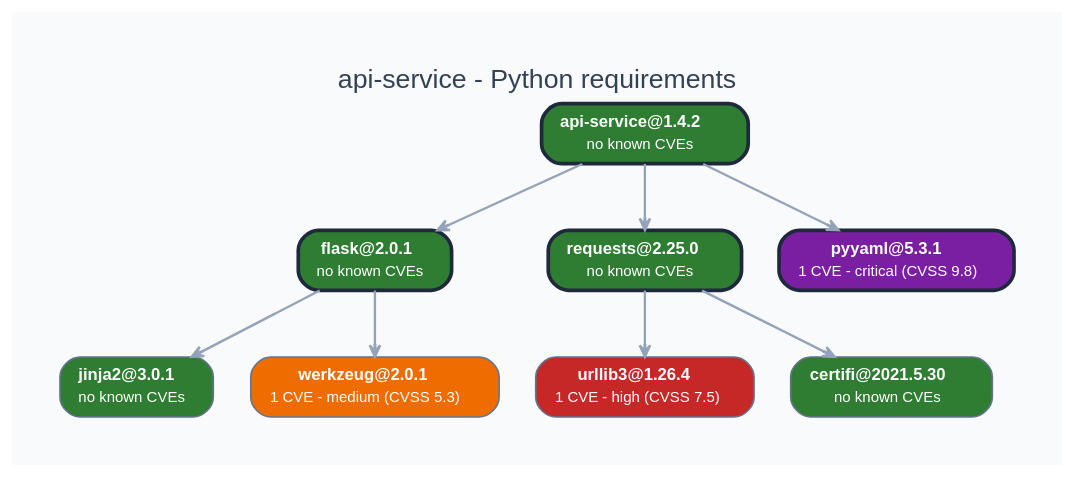
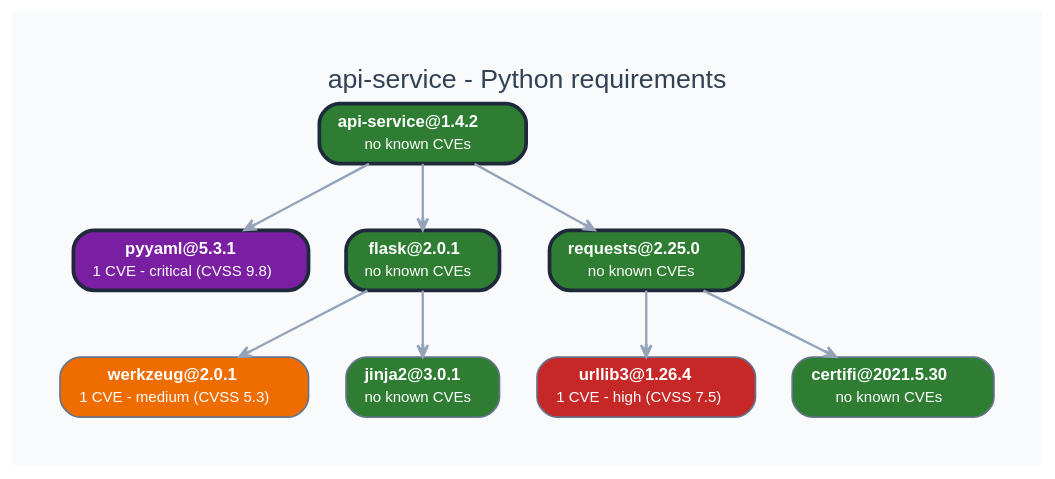
One commit to vulnex/usecvislib-gallery changed the diagram in 13 Vulnerability Tree/python_requirements (tml)/tree__graphviz.dot. Above: the diagram before and after it, drawn with Graphviz. The commit also changed 387 other files, not shown here.

```diff
--- a/13 Vulnerability Tree/python_requirements (tml)/tree__graphviz.dot
+++ b/13 Vulnerability Tree/python_requirements (tml)/tree__graphviz.dot
@@ -1,157 +1,157 @@
 digraph "api-service - Python requirements" {
-	graph [bb="0,0,572.5,214",
+	graph [bb="0,0,560,214",
 		bgcolor="#f8fafc",
 		fontcolor="#334155",
 		fontname=Helvetica,
 		fontsize=16,
 		label="api-service - Python requirements",
 		labelloc=t,
 		lheight=0.25,
-		lp="286.25,201",
+		lp="280,201",
 		lwidth=3.81,
 		nodesep=0.3,
 		pad=0.4,
 		rankdir=TB,
 		ranksep=0.55
 	];
 	node [label="\N"];
+	"api-service"	[color="#1e293b",
+		fillcolor="#2e7d32",
+		fontcolor="#ffffff",
+		fontname=Helvetica,
+		fontsize=10,
+		height=0.5,
+		label=<<TABLE BORDER="0" CELLBORDER="0" CELLSPACING="0" CELLPADDING="1"><TR><TD><B>api-service@1.4.2</B></TD></TR><TR><TD><FONT POINT-SIZE="9">no known CVEs</FONT></TD></TR></TABLE>>,
+		margin="0.14,0.07",
+		penwidth=2.2,
+		pos="217.5,170",
+		shape=box,
+		style="rounded,filled",
+		width=1.7222];
+	pyyaml	[color="#1e293b",
+		fillcolor="#7b1fa2",
+		fontcolor="#ffffff",
+		fontname=Helvetica,
+		fontsize=10,
+		height=0.5,
+		label=<<TABLE BORDER="0" CELLBORDER="0" CELLSPACING="0" CELLPADDING="1"><TR><TD><B>pyyaml@5.3.1</B></TD></TR><TR><TD><FONT POINT-SIZE="9">1 CVE - critical (CVSS 9.8)</FONT></TD></TR></TABLE>>,
+		margin="0.14,0.07",
+		penwidth=2.2,
+		pos="78.5,94",
+		shape=box,
+		style="rounded,filled",
+		width=1.9583];
+	"api-service" -> pyyaml	[arrowhead=vee,
+		arrowsize=0.7,
+		color="#94a3b8",
+		penwidth=1.4,
+		pos="e,110.56,112.07 185.26,151.84 164.82,140.96 138.28,126.83 116.77,115.38"];
+	flask	[color="#1e293b",
+		fillcolor="#2e7d32",
+		fontcolor="#ffffff",
+		fontname=Helvetica,
+		fontsize=10,
+		height=0.5,
+		label=<<TABLE BORDER="0" CELLBORDER="0" CELLSPACING="0" CELLPADDING="1"><TR><TD><B>flask@2.0.1</B></TD></TR><TR><TD><FONT POINT-SIZE="9">no known CVEs</FONT></TD></TR></TABLE>>,
+		margin="0.14,0.07",
+		penwidth=2.2,
+		pos="217.5,94",
+		shape=box,
+		style="rounded,filled",
+		width=1.2778];
+	"api-service" -> flask	[arrowhead=vee,
+		arrowsize=0.7,
+		color="#94a3b8",
+		penwidth=1.4,
+		pos="e,217.5,112.07 217.5,151.84 217.5,142.12 217.5,129.82 217.5,119.15"];
+	requests	[color="#1e293b",
+		fillcolor="#2e7d32",
+		fontcolor="#ffffff",
+		fontname=Helvetica,
+		fontsize=10,
+		height=0.5,
+		label=<<TABLE BORDER="0" CELLBORDER="0" CELLSPACING="0" CELLPADDING="1"><TR><TD><B>requests@2.25.0</B></TD></TR><TR><TD><FONT POINT-SIZE="9">no known CVEs</FONT></TD></TR></TABLE>>,
+		margin="0.14,0.07",
+		penwidth=2.2,
+		pos="351.5,94",
+		shape=box,
+		style="rounded,filled",
+		width=1.6111];
+	"api-service" -> requests	[arrowhead=vee,
+		arrowsize=0.7,
+		color="#94a3b8",
+		penwidth=1.4,
+		pos="e,320.59,112.07 248.58,151.84 268.2,141 293.65,126.95 314.33,115.52"];
 	urllib3	[color="#64748b",
 		fillcolor="#c62828",
 		fontcolor="#ffffff",
 		fontname=Helvetica,
 		fontsize=10,
 		height=0.5,
 		label=<<TABLE BORDER="0" CELLBORDER="0" CELLSPACING="0" CELLPADDING="1"><TR><TD><B>urllib3@1.26.4</B></TD></TR><TR><TD><FONT POINT-SIZE="9">1 CVE - high (CVSS 7.5)</FONT></TD></TR></TABLE>>,
 		margin="0.14,0.07",
 		penwidth=1,
-		pos="351,18",
+		pos="351.5,18",
 		shape=box,
 		style="rounded,filled",
 		width=1.8194];
-	flask	[color="#1e293b",
-		fillcolor="#2e7d32",
+	werkzeug	[color="#64748b",
+		fillcolor="#ef6c00",
 		fontcolor="#ffffff",
 		fontname=Helvetica,
 		fontsize=10,
 		height=0.5,
-		label=<<TABLE BORDER="0" CELLBORDER="0" CELLSPACING="0" CELLPADDING="1"><TR><TD><B>flask@2.0.1</B></TD></TR><TR><TD><FONT POINT-SIZE="9">no known CVEs</FONT></TD></TR></TABLE>>,
+		label=<<TABLE BORDER="0" CELLBORDER="0" CELLSPACING="0" CELLPADDING="1"><TR><TD><B>werkzeug@2.0.1</B></TD></TR><TR><TD><FONT POINT-SIZE="9">1 CVE - medium (CVSS 5.3)</FONT></TD></TR></TABLE>>,
 		margin="0.14,0.07",
-		penwidth=2.2,
-		pos="189,94",
+		penwidth=1,
+		pos="74.5,18",
 		shape=box,
 		style="rounded,filled",
-		width=1.2778];
+		width=2.0694];
+	flask -> werkzeug	[arrowhead=vee,
+		arrowsize=0.7,
+		color="#94a3b8",
+		penwidth=1.4,
+		pos="e,107.49,36.07 184.33,75.837 163.31,64.956 136,50.826 113.88,39.376"];
 	jinja2	[color="#64748b",
 		fillcolor="#2e7d32",
 		fontcolor="#ffffff",
 		fontname=Helvetica,
 		fontsize=10,
 		height=0.5,
 		label=<<TABLE BORDER="0" CELLBORDER="0" CELLSPACING="0" CELLPADDING="1"><TR><TD><B>jinja2@3.0.1</B></TD></TR><TR><TD><FONT POINT-SIZE="9">no known CVEs</FONT></TD></TR></TABLE>>,
 		margin="0.14,0.07",
 		penwidth=1,
-		pos="46,18",
+		pos="217.5,18",
 		shape=box,
 		style="rounded,filled",
 		width=1.2778];
 	flask -> jinja2	[arrowhead=vee,
 		arrowsize=0.7,
 		color="#94a3b8",
 		penwidth=1.4,
-		pos="e,78.987,36.07 155.83,75.837 134.81,64.956 107.5,50.826 85.376,39.376"];
-	werkzeug	[color="#64748b",
-		fillcolor="#ef6c00",
-		fontcolor="#ffffff",
-		fontname=Helvetica,
-		fontsize=10,
-		height=0.5,
-		label=<<TABLE BORDER="0" CELLBORDER="0" CELLSPACING="0" CELLPADDING="1"><TR><TD><B>werkzeug@2.0.1</B></TD></TR><TR><TD><FONT POINT-SIZE="9">1 CVE - medium (CVSS 5.3)</FONT></TD></TR></TABLE>>,
-		margin="0.14,0.07",
-		penwidth=1,
-		pos="189,18",
-		shape=box,
-		style="rounded,filled",
-		width=2.0694];
-	flask -> werkzeug	[arrowhead=vee,
-		arrowsize=0.7,
-		color="#94a3b8",
-		penwidth=1.4,
-		pos="e,189,36.07 189,75.837 189,66.124 189,53.821 189,43.147"];
-	requests	[color="#1e293b",
-		fillcolor="#2e7d32",
-		fontcolor="#ffffff",
-		fontname=Helvetica,
-		fontsize=10,
-		height=0.5,
-		label=<<TABLE BORDER="0" CELLBORDER="0" CELLSPACING="0" CELLPADDING="1"><TR><TD><B>requests@2.25.0</B></TD></TR><TR><TD><FONT POINT-SIZE="9">no known CVEs</FONT></TD></TR></TABLE>>,
-		margin="0.14,0.07",
-		penwidth=2.2,
-		pos="351,94",
-		shape=box,
-		style="rounded,filled",
-		width=1.6111];
-	requests -> urllib3	[arrowhead=vee,
-		arrowsize=0.7,
-		color="#94a3b8",
-		penwidth=1.4,
-		pos="e,351,36.07 351,75.837 351,66.124 351,53.821 351,43.147"];
+		pos="e,217.5,36.07 217.5,75.837 217.5,66.124 217.5,53.821 217.5,43.147"];
 	certifi	[color="#64748b",
 		fillcolor="#2e7d32",
 		fontcolor="#ffffff",
 		fontname=Helvetica,
 		fontsize=10,
 		height=0.5,
 		label=<<TABLE BORDER="0" CELLBORDER="0" CELLSPACING="0" CELLPADDING="1"><TR><TD><B>certifi@2021.5.30</B></TD></TR><TR><TD><FONT POINT-SIZE="9">no known CVEs</FONT></TD></TR></TABLE>>,
 		margin="0.14,0.07",
 		penwidth=1,
-		pos="499,18",
+		pos="499.5,18",
 		shape=box,
 		style="rounded,filled",
 		width=1.6806];
+	requests -> urllib3	[arrowhead=vee,
+		arrowsize=0.7,
+		color="#94a3b8",
+		penwidth=1.4,
+		pos="e,351.5,36.07 351.5,75.837 351.5,66.124 351.5,53.821 351.5,43.147"];
 	requests -> certifi	[arrowhead=vee,
 		arrowsize=0.7,
 		color="#94a3b8",
 		penwidth=1.4,
-		pos="e,464.86,36.07 385.33,75.837 407.18,64.909 435.59,50.704 458.54,39.229"];
-	pyyaml	[color="#1e293b",
-		fillcolor="#7b1fa2",
-		fontcolor="#ffffff",
-		fontname=Helvetica,
-		fontsize=10,
-		height=0.5,
-		label=<<TABLE BORDER="0" CELLBORDER="0" CELLSPACING="0" CELLPADDING="1"><TR><TD><B>pyyaml@5.3.1</B></TD></TR><TR><TD><FONT POINT-SIZE="9">1 CVE - critical (CVSS 9.8)</FONT></TD></TR></TABLE>>,
-		margin="0.14,0.07",
-		penwidth=2.2,
-		pos="502,94",
-		shape=box,
-		style="rounded,filled",
-		width=1.9583];
-	"api-service"	[color="#1e293b",
-		fillcolor="#2e7d32",
-		fontcolor="#ffffff",
-		fontname=Helvetica,
-		fontsize=10,
-		height=0.5,
-		label=<<TABLE BORDER="0" CELLBORDER="0" CELLSPACING="0" CELLPADDING="1"><TR><TD><B>api-service@1.4.2</B></TD></TR><TR><TD><FONT POINT-SIZE="9">no known CVEs</FONT></TD></TR></TABLE>>,
-		margin="0.14,0.07",
-		penwidth=2.2,
-		pos="351,170",
-		shape=box,
-		style="rounded,filled",
-		width=1.7222];
-	"api-service" -> flask	[arrowhead=vee,
-		arrowsize=0.7,
-		color="#94a3b8",
-		penwidth=1.4,
-		pos="e,226.37,112.07 313.43,151.84 289.4,140.86 258.14,126.58 232.96,115.08"];
-	"api-service" -> requests	[arrowhead=vee,
-		arrowsize=0.7,
-		color="#94a3b8",
-		penwidth=1.4,
-		pos="e,351,112.07 351,151.84 351,142.12 351,129.82 351,119.15"];
-	"api-service" -> pyyaml	[arrowhead=vee,
-		arrowsize=0.7,
-		color="#94a3b8",
-		penwidth=1.4,
-		pos="e,467.17,112.07 386.02,151.84 408.32,140.91 437.31,126.7 460.72,115.23"];
+		pos="e,465.36,36.07 385.83,75.837 407.68,64.909 436.09,50.704 459.04,39.229"];
 }
```
